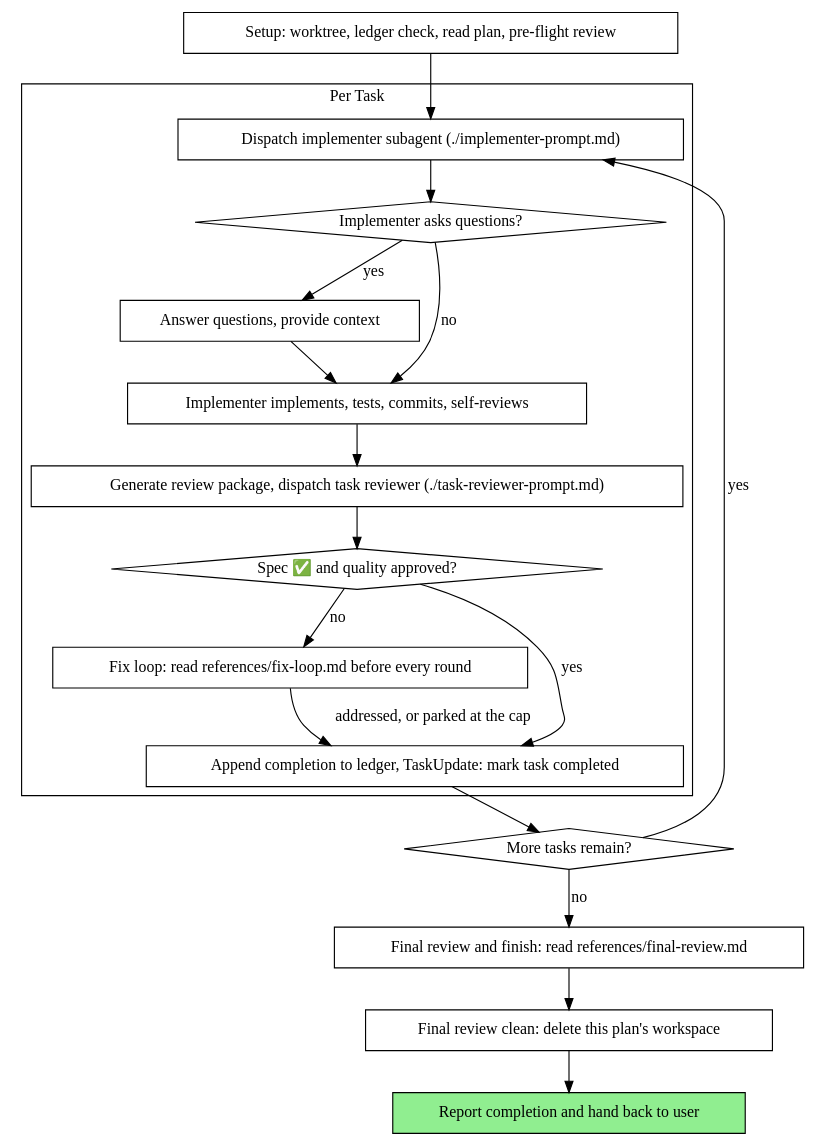
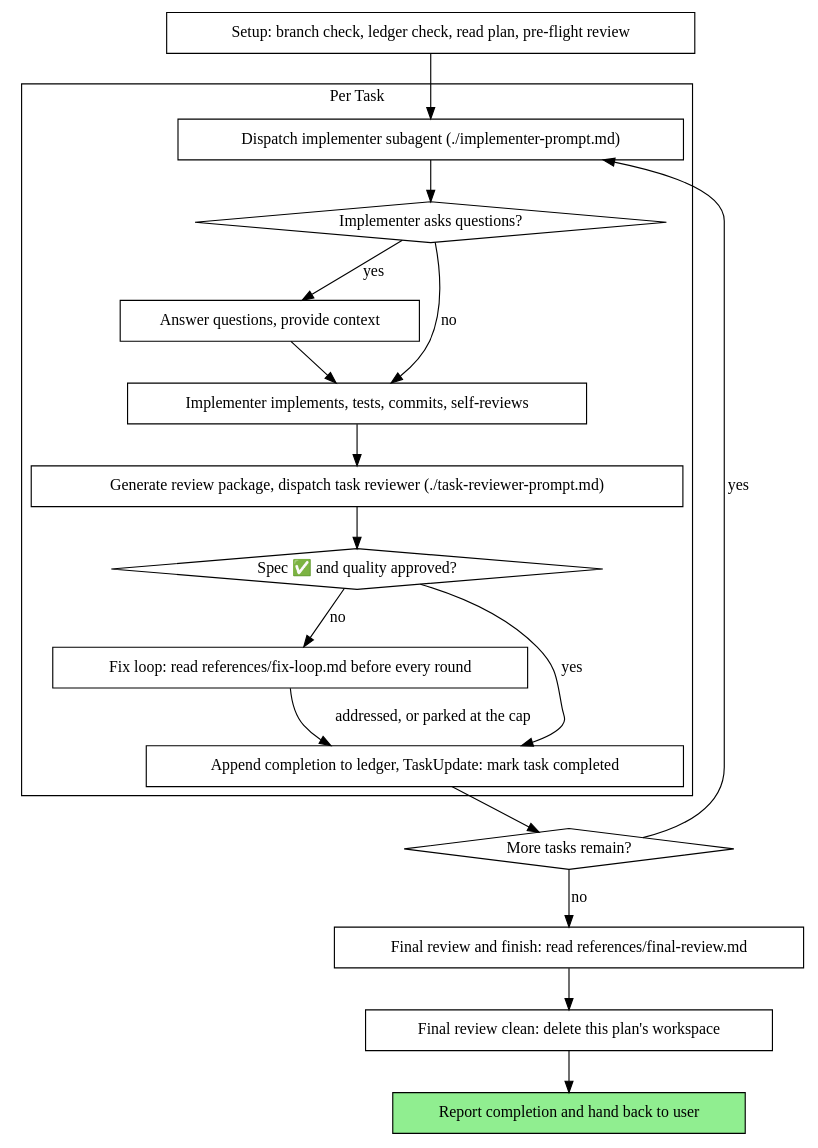
Before and after one commit to wisc17/superpowers: the second of 2 diagrams in skills/subagent-driven-development/SKILL.md, drawn with Graphviz. The commit also changed other lines of this file and 11 other files, not shown here.

````diff
--- a/skills/subagent-driven-development/SKILL.md
+++ b/skills/subagent-driven-development/SKILL.md
@@ -58,39 +58,39 @@
 ```dot
 digraph process {
     rankdir=TB;
 
     subgraph cluster_per_task {
         label="Per Task";
         "Dispatch implementer subagent (./implementer-prompt.md)" [shape=box];
         "Implementer asks questions?" [shape=diamond];
         "Answer questions, provide context" [shape=box];
         "Implementer implements, tests, commits, self-reviews" [shape=box];
         "Generate review package, dispatch task reviewer (./task-reviewer-prompt.md)" [shape=box];
         "Spec ✅ and quality approved?" [shape=diamond];
         "Fix loop: read references/fix-loop.md before every round" [shape=box];
         "Append completion to ledger, TaskUpdate: mark task completed" [shape=box];
     }
 
-    "Setup: worktree, ledger check, read plan, pre-flight review" [shape=box];
+    "Setup: branch check, ledger check, read plan, pre-flight review" [shape=box];
     "More tasks remain?" [shape=diamond];
     "Final review and finish: read references/final-review.md" [shape=box];
     "Final review clean: delete this plan's workspace" [shape=box];
     "Report completion and hand back to user" [shape=box style=filled fillcolor=lightgreen];
 
-    "Setup: worktree, ledger check, read plan, pre-flight review" -> "Dispatch implementer subagent (./implementer-prompt.md)";
+    "Setup: branch check, ledger check, read plan, pre-flight review" -> "Dispatch implementer subagent (./implementer-prompt.md)";
     "Dispatch implementer subagent (./implementer-prompt.md)" -> "Implementer asks questions?";
     "Implementer asks questions?" -> "Answer questions, provide context" [label="yes"];
     "Answer questions, provide context" -> "Implementer implements, tests, commits, self-reviews";
     "Implementer asks questions?" -> "Implementer implements, tests, commits, self-reviews" [label="no"];
     "Implementer implements, tests, commits, self-reviews" -> "Generate review package, dispatch task reviewer (./task-reviewer-prompt.md)";
     "Generate review package, dispatch task reviewer (./task-reviewer-prompt.md)" -> "Spec ✅ and quality approved?";
     "Spec ✅ and quality approved?" -> "Append completion to ledger, TaskUpdate: mark task completed" [label="yes"];
     "Spec ✅ and quality approved?" -> "Fix loop: read references/fix-loop.md before every round" [label="no"];
     "Fix loop: read references/fix-loop.md before every round" -> "Append completion to ledger, TaskUpdate: mark task completed" [label="addressed, or parked at the cap"];
     "Append completion to ledger, TaskUpdate: mark task completed" -> "More tasks remain?";
     "More tasks remain?" -> "Dispatch implementer subagent (./implementer-prompt.md)" [label="yes"];
     "More tasks remain?" -> "Final review and finish: read references/final-review.md" [label="no"];
     "Final review and finish: read references/final-review.md" -> "Final review clean: delete this plan's workspace";
     "Final review clean: delete this plan's workspace" -> "Report completion and hand back to user";
 }
 ```
````
